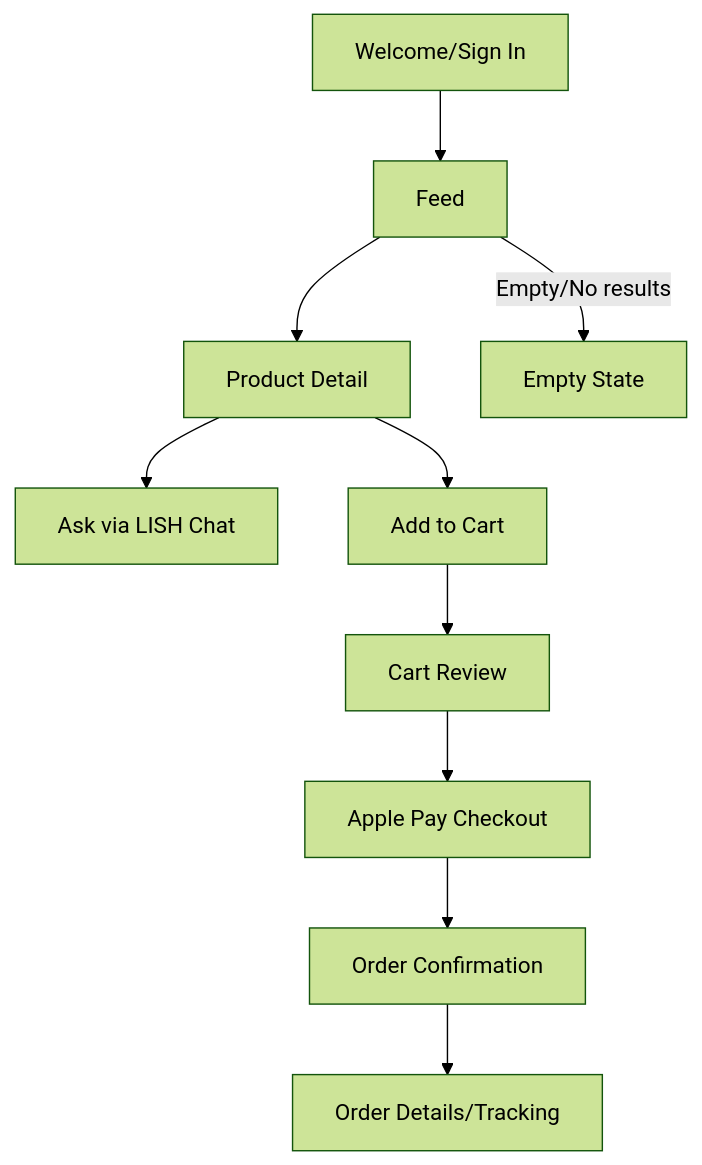
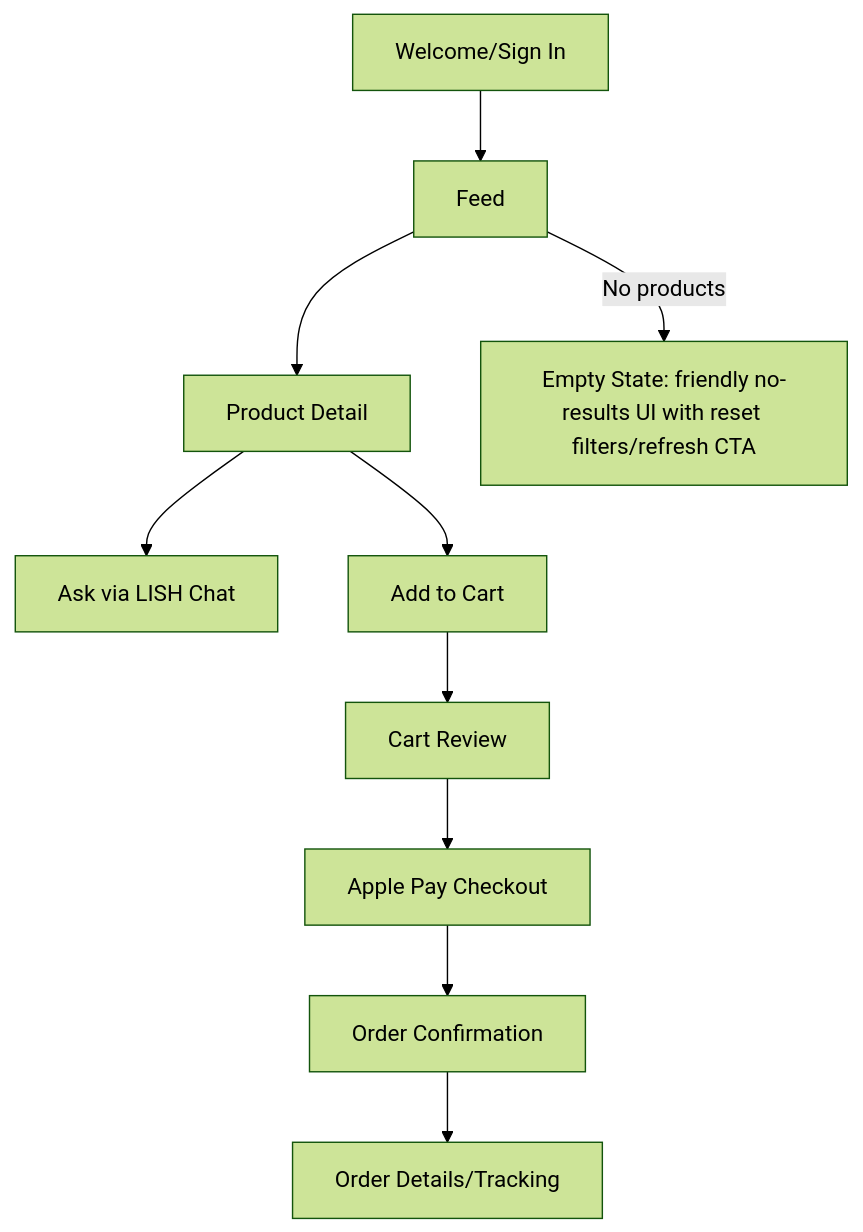
The first of 6 diagrams in mvp_specs/11_diagrams.md (TheKingHippopotamus/Lish_Spec), drawn with Mermaid (forest theme) before and after one commit. The commit also changed 1 other file, not shown here.

````diff
--- a/mvp_specs/11_diagrams.md
+++ b/mvp_specs/11_diagrams.md
@@ -4,12 +4,12 @@
 ```mermaid
 flowchart TD
     A[Welcome/Sign In] --> B[Feed]
     B --> C[Product Detail]
     C --> D[Ask via LISH Chat]
     C --> E[Add to Cart]
     E --> F[Cart Review]
     F --> G[Apple Pay Checkout]
     G --> H[Order Confirmation]
     H --> I[Order Details/Tracking]
-    B -->|Empty/No results| B1[Empty State]
+    B -->|No products| B1[Empty State: friendly no-results UI with reset filters/refresh CTA]
 ```
````
